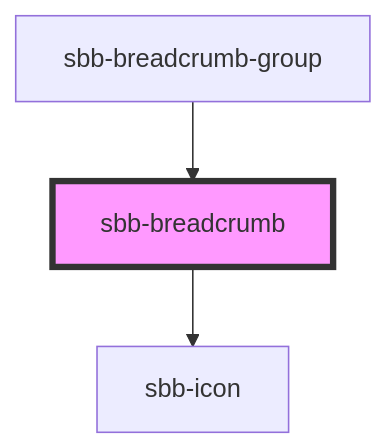
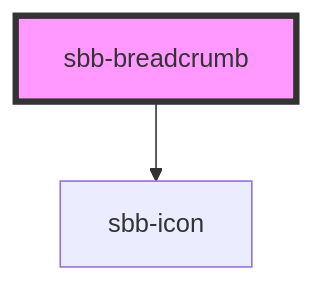
The diagram in src/components/sbb-breadcrumb/readme.md (sbb-design-systems/lyne-components), drawn with Mermaid before and after one commit. The commit also changed other lines of this file and 4 other files, not shown here.

````diff
--- a/src/components/sbb-breadcrumb/readme.md
+++ b/src/components/sbb-breadcrumb/readme.md
@@ -73,6 +69,5 @@
 ```mermaid
 graph TD;
   sbb-breadcrumb --> sbb-icon
-  sbb-breadcrumb-group --> sbb-breadcrumb
   style sbb-breadcrumb fill:#f9f,stroke:#333,stroke-width:4px
 ```
````
